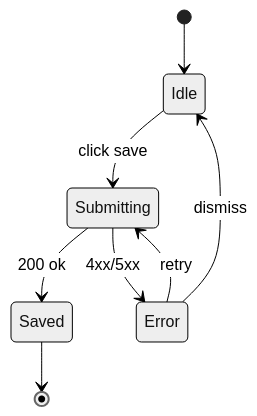
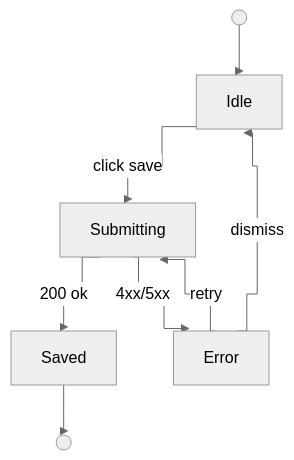
Before and after one commit to annguyenwasd/skills: the second of 2 diagrams in write-a-prd/SKILL.md, drawn with Mermaid (neutral theme). The commit also changed other lines of this file and 3 other files, not shown here.

````diff
--- a/write-a-prd/SKILL.md
+++ b/write-a-prd/SKILL.md
@@ -192,10 +195,11 @@
 ```mermaid
-stateDiagram-v2
-  [*] --> Idle
-  Idle --> Submitting: click save
-  Submitting --> Saved: 200 ok
-  Submitting --> Error: 4xx/5xx
-  Error --> Idle: dismiss
-  Error --> Submitting: retry
-  Saved --> [*]
+%%{init: {'flowchart': {'curve': 'step'}}}%%
+graph TD
+    S(( )) --> Idle
+    Idle -->|"click save"| Submitting
+    Submitting -->|"200 ok"| Saved
+    Submitting -->|"4xx/5xx"| Error
+    Error -->|"dismiss"| Idle
+    Error -->|"retry"| Submitting
+    Saved --> E(( ))
 ```
````
